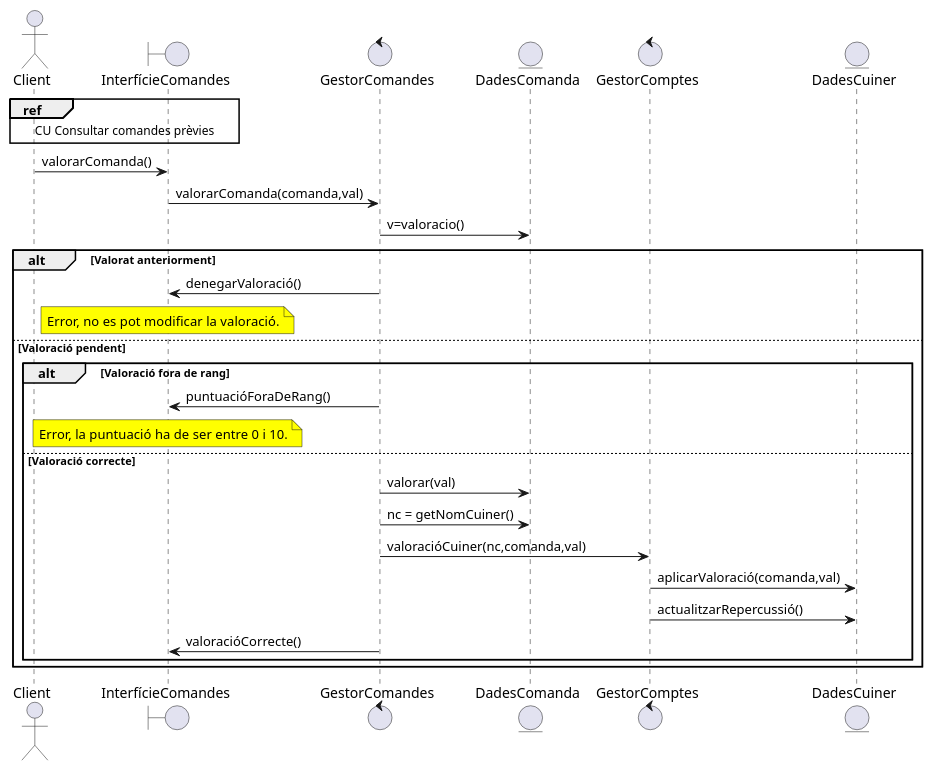
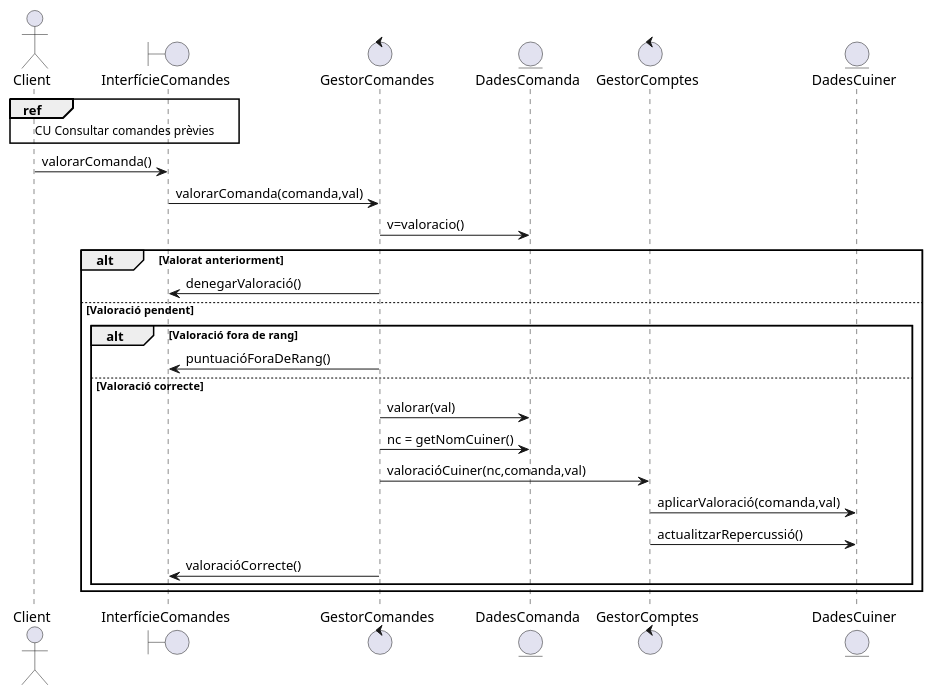
The diagram in documents/Diagrames i Especificacions/Seqüencia/Marc Sala/1. Valorar comandes.puml (martipages/ES23UAB431-02), drawn with PlantUML before and after one commit. The commit also changed 14 other files, not shown here.

```diff
--- a/documents/Diagrames i Especificacions/Seqüencia/Marc Sala/1. Valorar comandes.puml
+++ b/documents/Diagrames i Especificacions/Seqüencia/Marc Sala/1. Valorar comandes.puml
@@ -1,37 +1,35 @@
 @startuml
 
 actor Client
 boundary InterfícieComandes
 control GestorComandes
 entity DadesComanda
 control GestorComptes
 entity DadesCuiner
 
 ref over Client,InterfícieComandes: CU Consultar comandes prèvies
 
 Client -> InterfícieComandes: valorarComanda()
 InterfícieComandes -> GestorComandes: valorarComanda(comanda,val)
 GestorComandes -> DadesComanda: v=valoracio()
 
 
 alt Valorat anteriorment
 GestorComandes -> InterfícieComandes: denegarValoració()
-note over InterfícieComandes #Yellow : Error, no es pot modificar la valoració.
 
 else Valoració pendent
 alt Valoració fora de rang
 GestorComandes -> InterfícieComandes: puntuacióForaDeRang()
-note over InterfícieComandes #Yellow : Error, la puntuació ha de ser entre 0 i 10.
 
 else Valoració correcte
 GestorComandes -> DadesComanda: valorar(val)
 GestorComandes -> DadesComanda: nc = getNomCuiner()
 GestorComandes -> GestorComptes: valoracióCuiner(nc,comanda,val)
 GestorComptes -> DadesCuiner: aplicarValoració(comanda,val)
 GestorComptes -> DadesCuiner: actualitzarRepercussió()
 GestorComandes -> InterfícieComandes: valoracióCorrecte()
 end
 end
 
 
 @enduml
```
